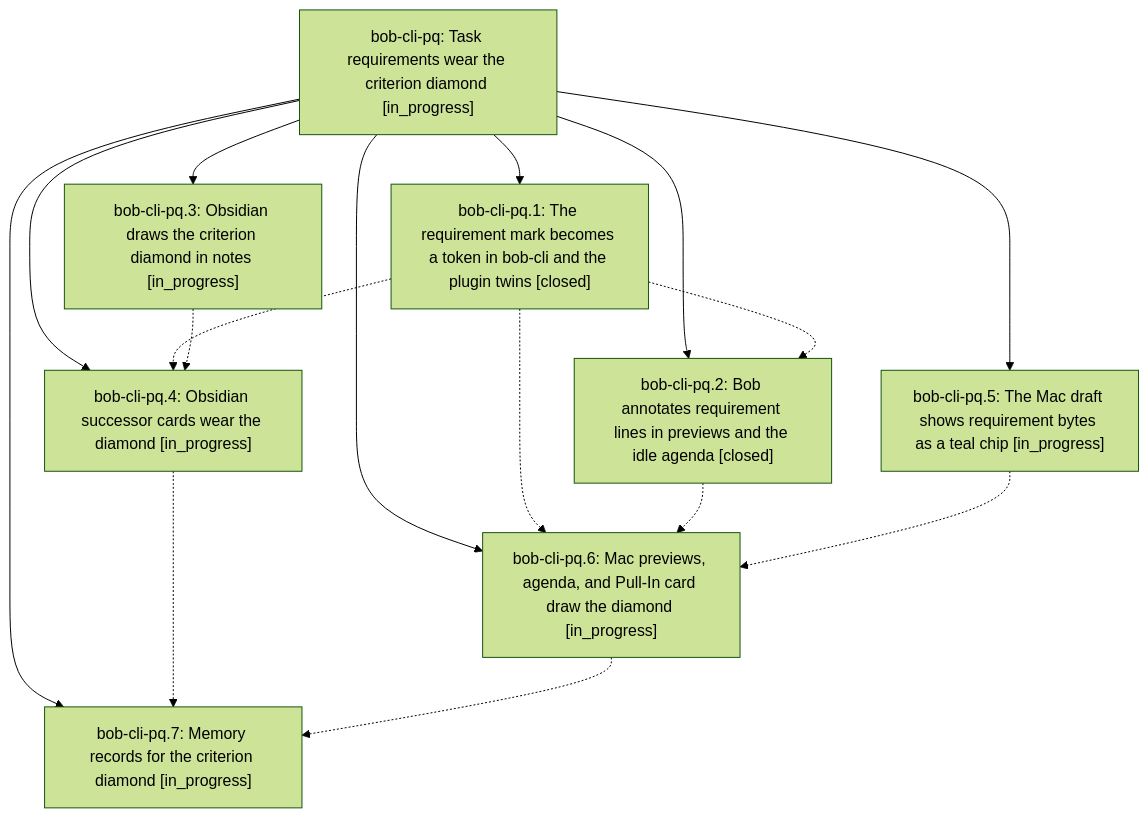
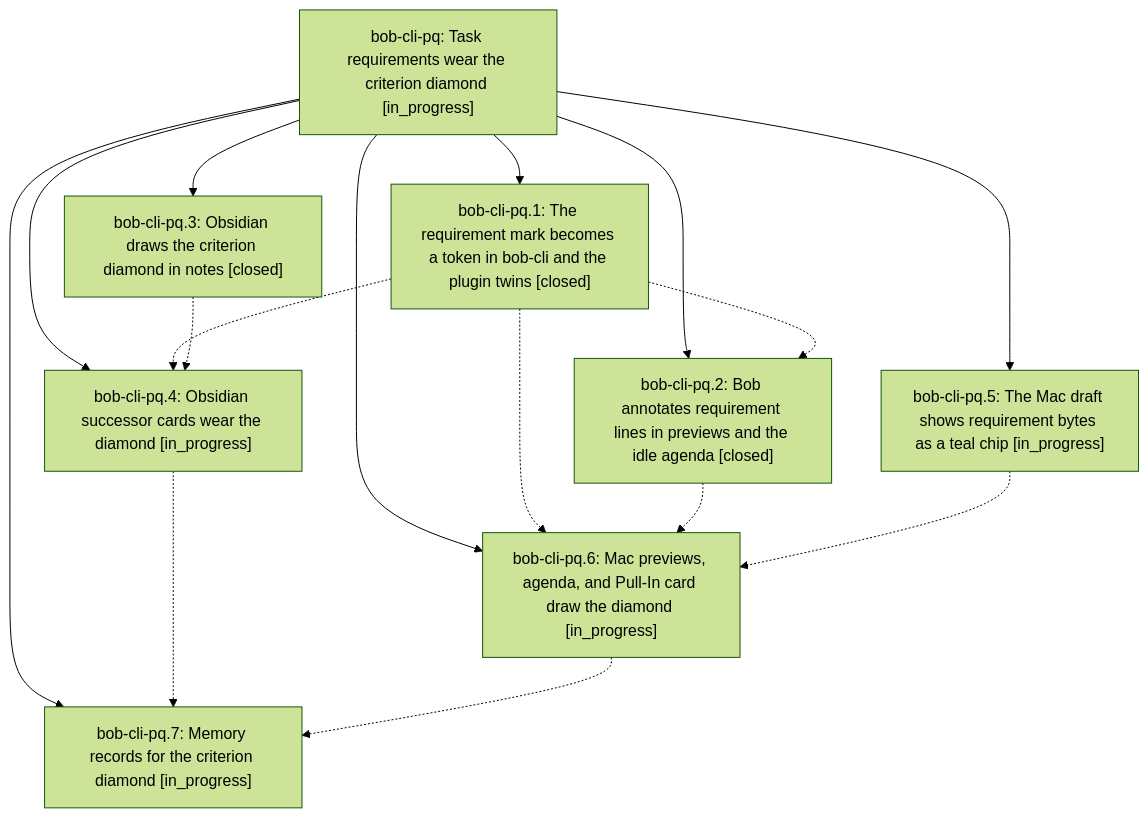
Before and after one commit to bobs-org/bob-cli--beads: the diagram in pages/bob-cli-pq/README.md, drawn with Mermaid (forest theme). The commit also changed other lines of this file and 5 other files, not shown here.

First line of the commit message:
chore(beads): sync bead state and pages for bob-cli-pq

````diff
--- a/pages/bob-cli-pq/README.md
+++ b/pages/bob-cli-pq/README.md
@@ -42,26 +46,26 @@
 ```mermaid
 flowchart TD
     n0["bob-cli-pq: Task requirements wear the criterion diamond [in_progress]"]
     n1["bob-cli-pq.1: The requirement mark becomes a token in bob-cli and the plugin twins [closed]"]
     n2["bob-cli-pq.2: Bob annotates requirement lines in previews and the idle agenda [closed]"]
-    n3["bob-cli-pq.3: Obsidian draws the criterion diamond in notes [in_progress]"]
+    n3["bob-cli-pq.3: Obsidian draws the criterion diamond in notes [closed]"]
     n4["bob-cli-pq.4: Obsidian successor cards wear the diamond [in_progress]"]
     n5["bob-cli-pq.5: The Mac draft shows requirement bytes as a teal chip [in_progress]"]
     n6["bob-cli-pq.6: Mac previews, agenda, and Pull-In card draw the diamond [in_progress]"]
     n7["bob-cli-pq.7: Memory records for the criterion diamond [in_progress]"]
     n0 --> n1
     n0 --> n2
     n0 --> n3
     n0 --> n4
     n0 --> n5
     n0 --> n6
     n0 --> n7
     n1 -.-> n2
     n1 -.-> n4
     n1 -.-> n6
     n2 -.-> n6
     n3 -.-> n4
     n4 -.-> n7
     n5 -.-> n6
     n6 -.-> n7
 ```
````
